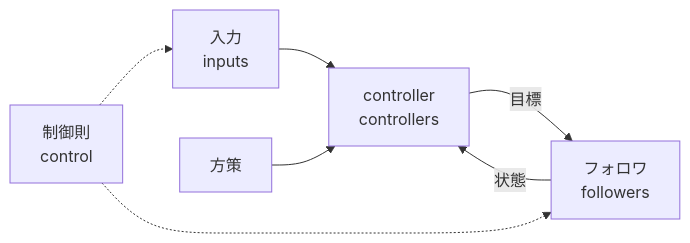
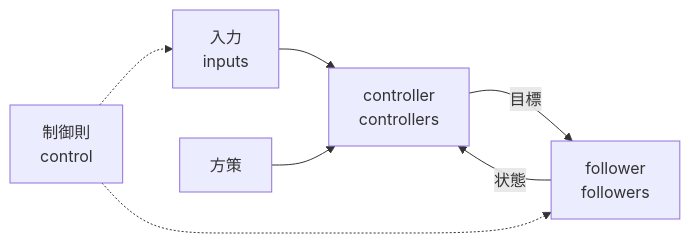
The diagram in docs/ja/controllers/index.md (tetsugo02/roboloom), drawn with Mermaid before and after one commit. The commit also changed other lines of this file and 74 other files, not shown here.

````diff
--- a/docs/ja/controllers/index.md
+++ b/docs/ja/controllers/index.md
@@ -11,9 +11,9 @@
 ```mermaid
 flowchart LR
   I["入力<br/>inputs"] --> C["controller<br/>controllers"]
   P["方策"] --> C
-  C -- "目標" --> F["フォロワ<br/>followers"]
+  C -- "目標" --> F["follower<br/>followers"]
   F -- "状態" --> C
   L["制御則<br/>control"] -.-> I
   L -.-> F
 ```
````
